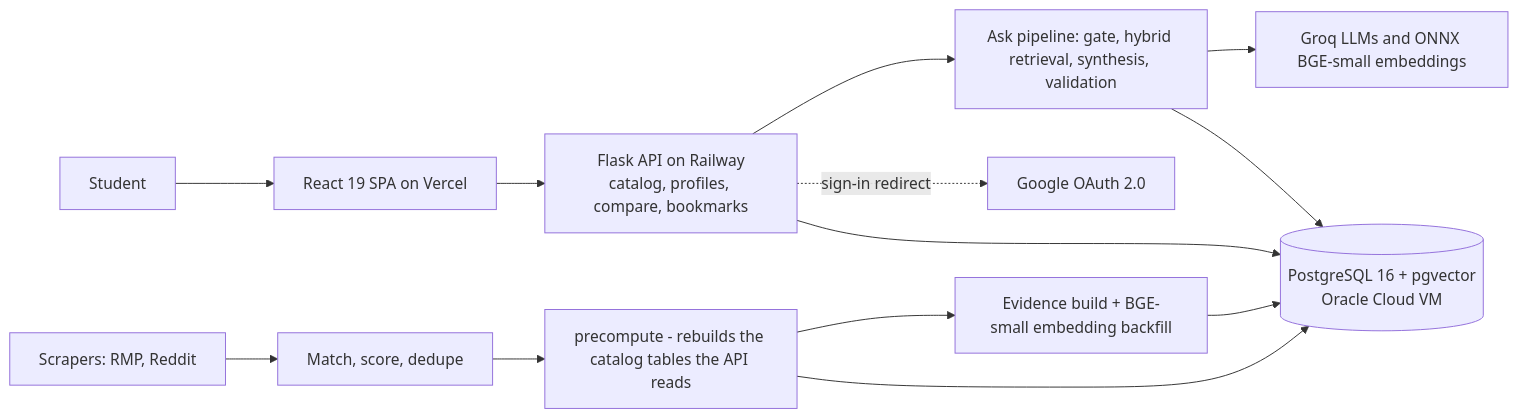
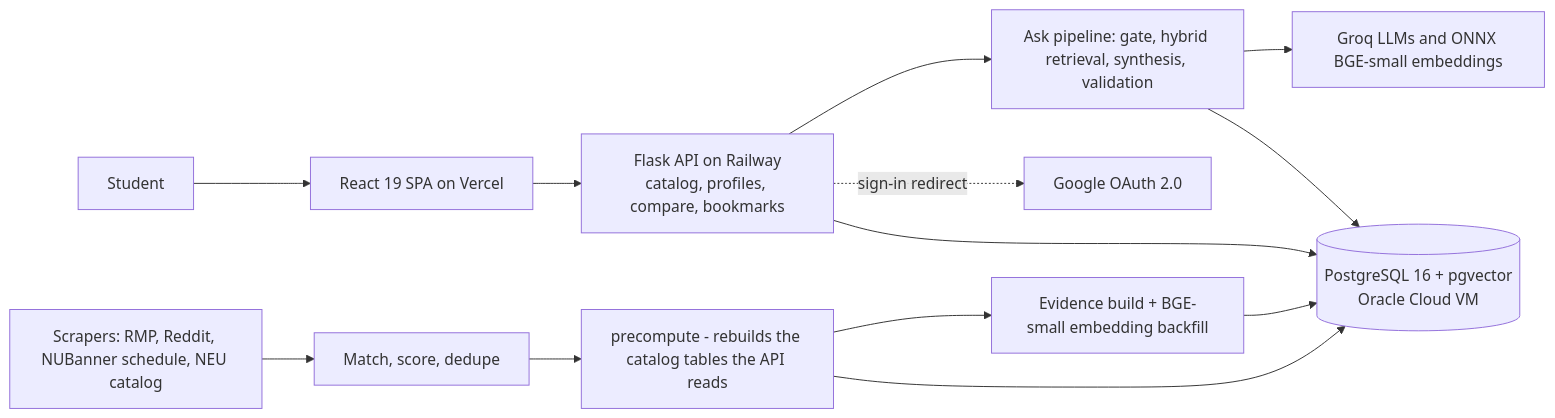
One commit to Cory585/RateMyHusky changed the diagram in README.md. Above: the diagram before and after it, drawn with Mermaid. The commit also changed other lines of this file and 5 other files, not shown here.

````diff
--- a/README.md
+++ b/README.md
@@ -64,16 +76,16 @@
 ```mermaid
 flowchart LR
     U["Student"] --> SPA["React 19 SPA on Vercel"]
     SPA --> API["Flask API on Railway<br/>catalog, profiles, compare, bookmarks"]
     API --> ASK["Ask pipeline: gate, hybrid retrieval, synthesis, validation"]
     API -. "sign-in redirect" .-> OAUTH["Google OAuth 2.0"]
     ASK --> AI["Groq LLMs and ONNX BGE-small embeddings"]
     API --> DB[("PostgreSQL 16 + pgvector<br/>Oracle Cloud VM")]
     ASK --> DB
 
-    SCRAPE["Scrapers: RMP, Reddit"] --> INGEST["Match, score, dedupe"]
+    SCRAPE["Scrapers: RMP, Reddit, NUBanner schedule, NEU catalog"] --> INGEST["Match, score, dedupe"]
     INGEST --> PRECOMP["precompute - rebuilds the catalog tables the API reads"]
     PRECOMP --> EMBED["Evidence build + BGE-small embedding backfill"]
     PRECOMP --> DB
     EMBED --> DB
 ```
````
